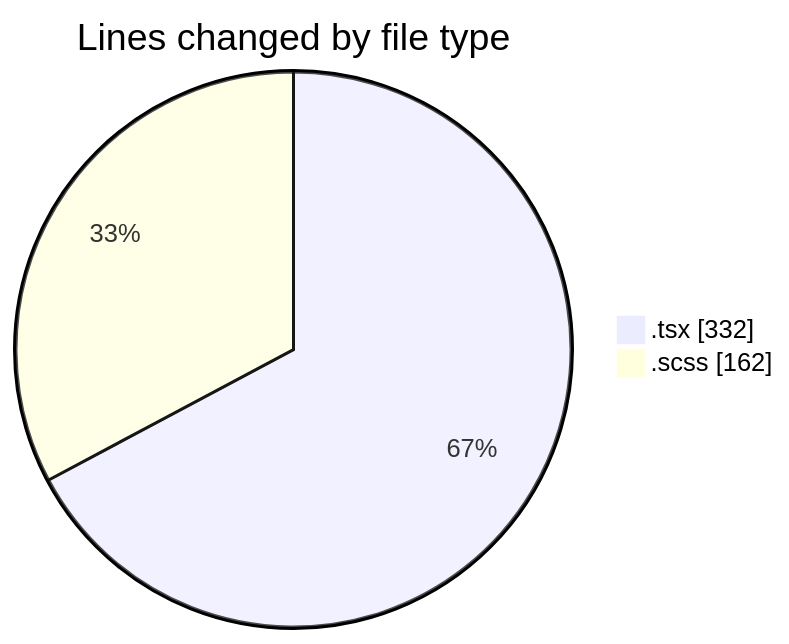
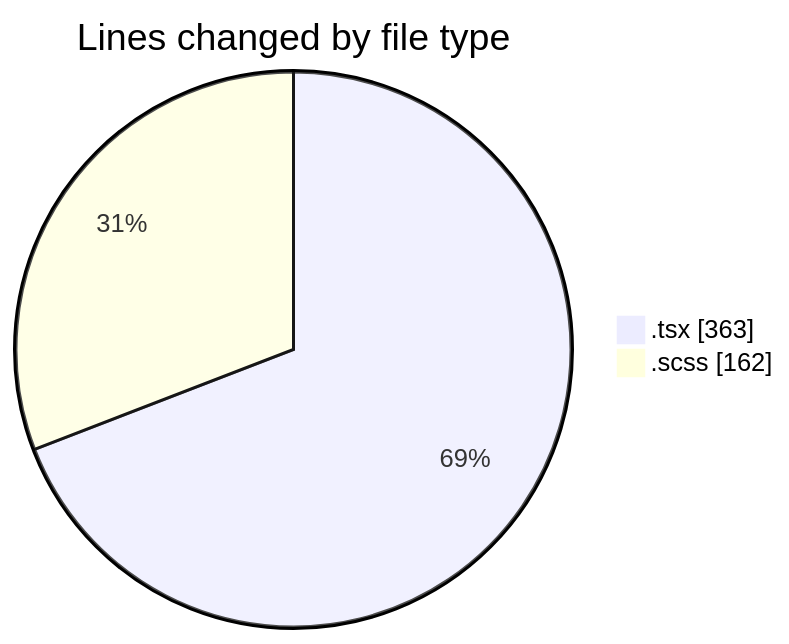
One commit to momahboobian/code-tracking changed the first of 2 diagrams in 2026-04-16/cda/README.md. Above: the diagram before and after it, drawn with Mermaid. The commit also changed other lines of this file and 1 other file, not shown here.

````diff
--- a/2026-04-16/cda/README.md
+++ b/2026-04-16/cda/README.md
@@ -22,6 +22,6 @@
 ```mermaid
 pie showData
 title Lines changed by file type
-".tsx" : 332
+".tsx" : 363
 ".scss" : 162
 ```
````
